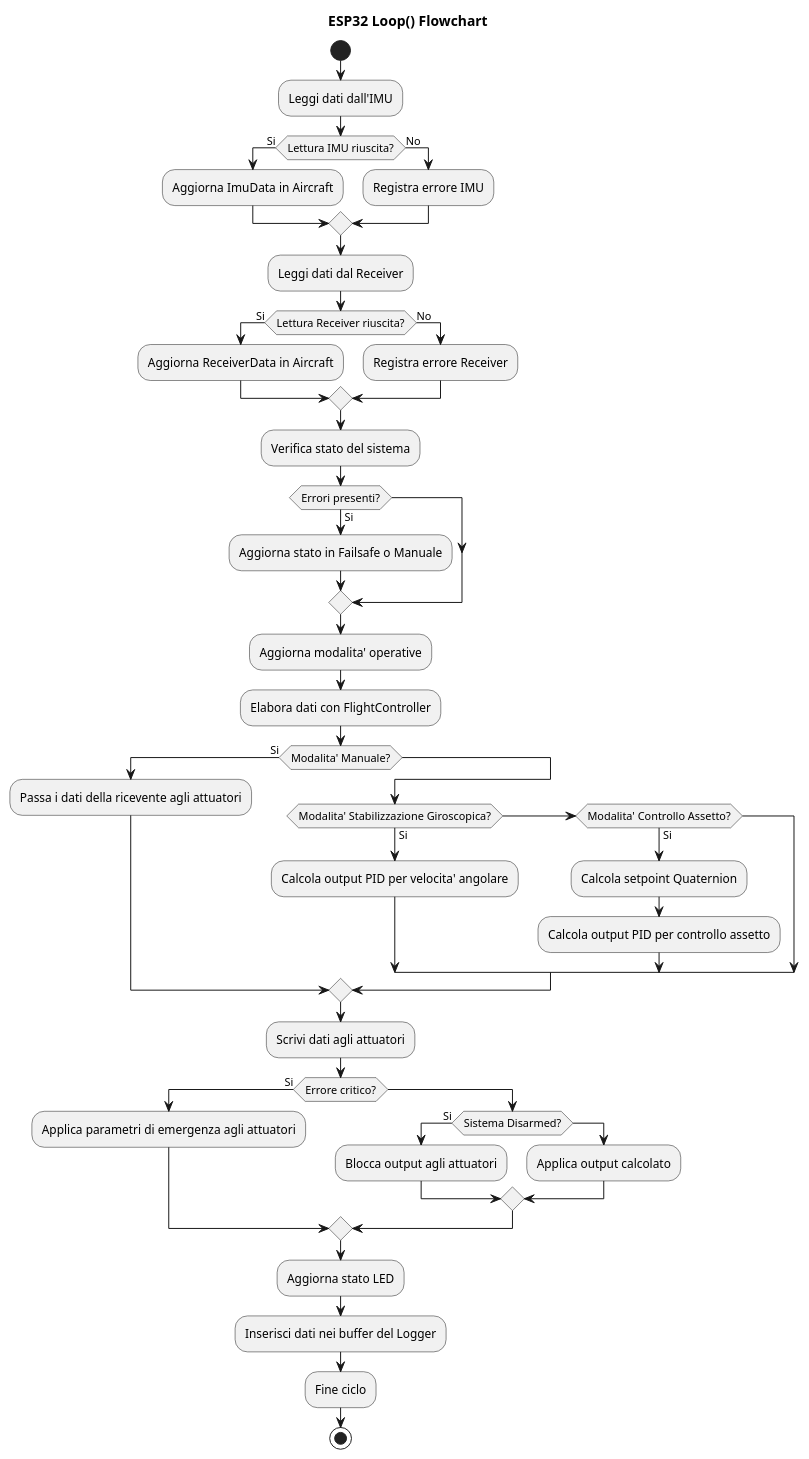
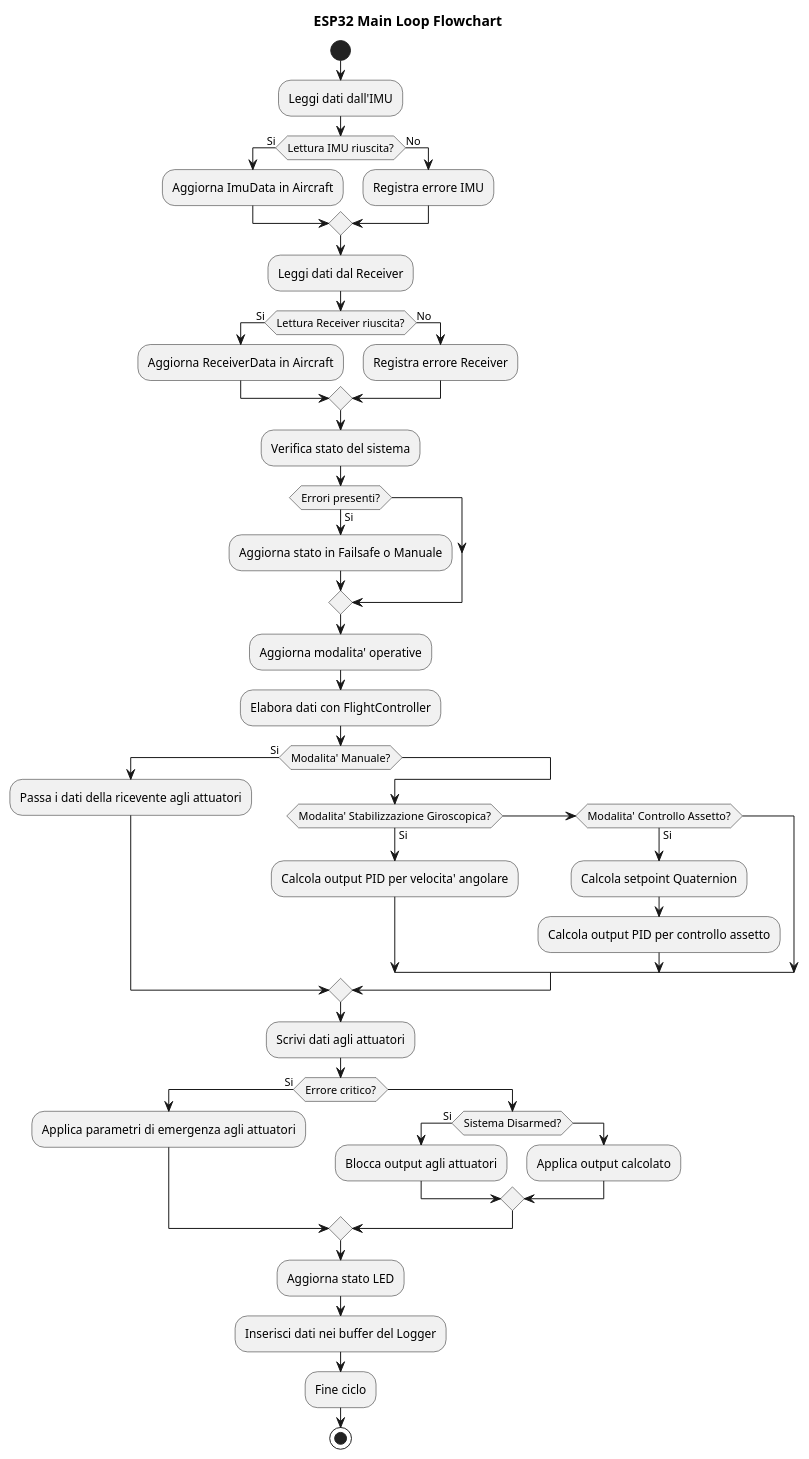
The diagram in docs/esp32_loop_flowchart.puml (ZeroEra99/ESP32_FlightController), drawn with PlantUML before and after one commit. The commit also changed 12 other files, not shown here.

First line of the commit message:
Aggiornamento diagrammi

```diff
--- a/docs/esp32_loop_flowchart.puml
+++ b/docs/esp32_loop_flowchart.puml
@@ -1,57 +1,57 @@
 @startuml esp32_loop_flowchart
 
-title ESP32 Loop() Flowchart
+title ESP32 Main Loop Flowchart
 
 start
 :Leggi dati dall'IMU;
 if (Lettura IMU riuscita?) then (Si)
   :Aggiorna ImuData in Aircraft;
 else (No)
   :Registra errore IMU;
 endif
 
 :Leggi dati dal Receiver;
 if (Lettura Receiver riuscita?) then (Si)
   :Aggiorna ReceiverData in Aircraft;
 else (No)
   :Registra errore Receiver;
 endif
 
 :Verifica stato del sistema;
 if (Errori presenti?) then (Si)
   :Aggiorna stato in Failsafe o Manuale;
 endif
 
 :Aggiorna modalita' operative;
 :Elabora dati con FlightController;
 if (Modalita' Manuale?) then (Si)
   :Passa i dati della ricevente agli attuatori;
 else
   if (Modalita' Stabilizzazione Giroscopica?) then (Si)
     :Calcola output PID per velocita' angolare;
   else if (Modalita' Controllo Assetto?) then (Si)
     :Calcola setpoint Quaternion;
     :Calcola output PID per controllo assetto;
   endif
 endif
 
 :Scrivi dati agli attuatori;
 if (Errore critico?) then (Si)
   :Applica parametri di emergenza agli attuatori;
 else
   if (Sistema Disarmed?) then (Si)
     :Blocca output agli attuatori;
   else
     :Applica output calcolato;
   endif
 endif
 
 :Aggiorna stato LED;
 
 :Inserisci dati nei buffer del Logger;
 
 :Fine ciclo;
 
 stop
 
 @enduml
```
